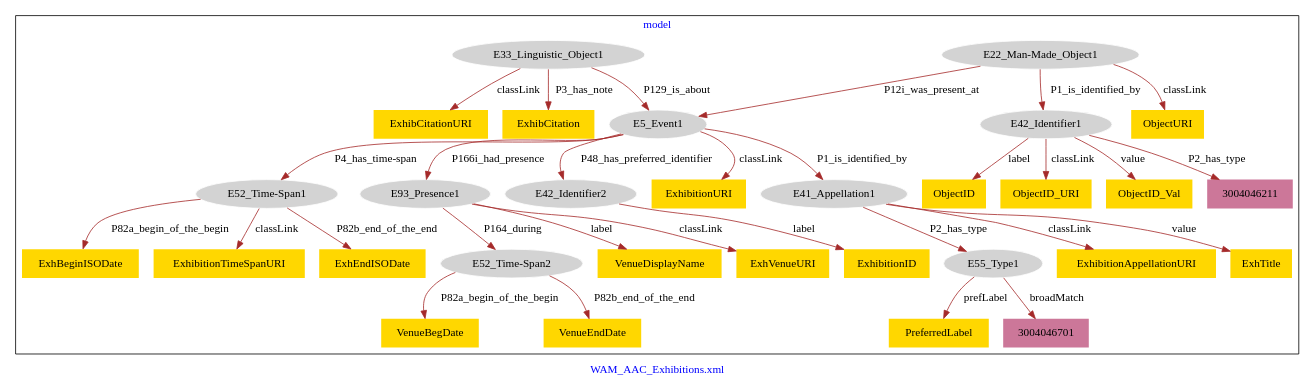
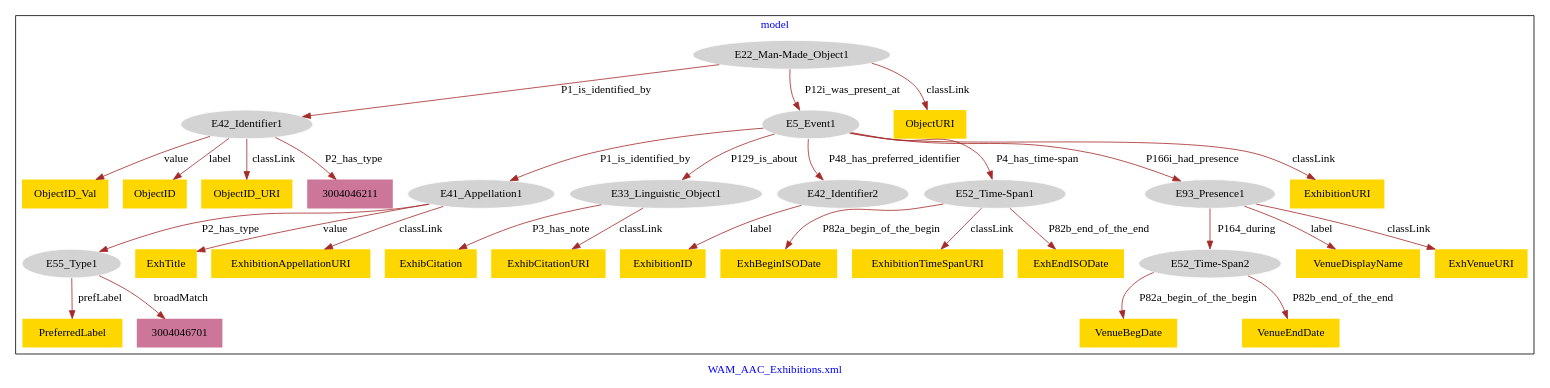
The diagram in WAM_AAC_Exhibitions/WAM_AAC_Exhibitions-model.dot (american-art/wam), drawn with Graphviz before and after one commit.

Commit message:
Update file WAM_AAC_Exhibitions-model.dot

```diff
--- a/WAM_AAC_Exhibitions/WAM_AAC_Exhibitions-model.dot
+++ b/WAM_AAC_Exhibitions/WAM_AAC_Exhibitions-model.dot
@@ -1,67 +1,67 @@
 digraph n0 {
 fontcolor="blue"
 remincross="true"
 label="WAM_AAC_Exhibitions.xml"
 subgraph cluster {
 label="model"
 n2[style="filled",color="white",fillcolor="lightgray",label="E22_Man-Made_Object1"];
-n3[style="filled",color="white",fillcolor="lightgray",label="E5_Event1"];
-n4[style="filled",color="white",fillcolor="lightgray",label="E41_Appellation1"];
-n5[style="filled",color="white",fillcolor="lightgray",label="E52_Time-Span1"];
-n6[style="filled",color="white",fillcolor="lightgray",label="E93_Presence1"];
-n7[style="filled",color="white",fillcolor="lightgray",label="E52_Time-Span2"];
-n8[shape="plaintext",style="filled",fillcolor="gold",label="ExhTitle"];
-n9[style="filled",color="white",fillcolor="lightgray",label="E42_Identifier1"];
-n10[shape="plaintext",style="filled",fillcolor="gold",label="ObjectID"];
-n11[style="filled",color="white",fillcolor="lightgray",label="E33_Linguistic_Object1"];
-n12[shape="plaintext",style="filled",fillcolor="gold",label="ExhibCitationURI"];
-n13[style="filled",color="white",fillcolor="lightgray",label="E55_Type1"];
-n14[shape="plaintext",style="filled",fillcolor="gold",label="PreferredLabel"];
-n15[shape="plaintext",style="filled",fillcolor="gold",label="ExhibitionAppellationURI"];
-n16[shape="plaintext",style="filled",fillcolor="gold",label="ExhBeginISODate"];
-n17[shape="plaintext",style="filled",fillcolor="gold",label="VenueBegDate"];
-n18[shape="plaintext",style="filled",fillcolor="gold",label="VenueDisplayName"];
-n19[shape="plaintext",style="filled",fillcolor="gold",label="VenueEndDate"];
-n20[style="filled",color="white",fillcolor="lightgray",label="E42_Identifier2"];
+n3[style="filled",color="white",fillcolor="lightgray",label="E42_Identifier1"];
+n4[style="filled",color="white",fillcolor="lightgray",label="E5_Event1"];
+n5[style="filled",color="white",fillcolor="lightgray",label="E41_Appellation1"];
+n6[style="filled",color="white",fillcolor="lightgray",label="E55_Type1"];
+n7[style="filled",color="white",fillcolor="lightgray",label="E33_Linguistic_Object1"];
+n8[style="filled",color="white",fillcolor="lightgray",label="E42_Identifier2"];
+n9[style="filled",color="white",fillcolor="lightgray",label="E52_Time-Span1"];
+n10[style="filled",color="white",fillcolor="lightgray",label="E93_Presence1"];
+n11[style="filled",color="white",fillcolor="lightgray",label="E52_Time-Span2"];
+n12[shape="plaintext",style="filled",fillcolor="gold",label="ExhTitle"];
+n13[shape="plaintext",style="filled",fillcolor="gold",label="ObjectID_Val"];
+n14[shape="plaintext",style="filled",fillcolor="gold",label="ObjectID"];
+n15[shape="plaintext",style="filled",fillcolor="gold",label="ExhBeginISODate"];
+n16[shape="plaintext",style="filled",fillcolor="gold",label="ObjectURI"];
+n17[shape="plaintext",style="filled",fillcolor="gold",label="ExhibitionURI"];
+n18[shape="plaintext",style="filled",fillcolor="gold",label="VenueBegDate"];
+n19[shape="plaintext",style="filled",fillcolor="gold",label="VenueDisplayName"];
+n20[shape="plaintext",style="filled",fillcolor="gold",label="VenueEndDate"];
 n21[shape="plaintext",style="filled",fillcolor="gold",label="ExhibitionID"];
 n22[shape="plaintext",style="filled",fillcolor="gold",label="ExhibitionTimeSpanURI"];
-n23[shape="plaintext",style="filled",fillcolor="gold",label="ObjectURI"];
-n24[shape="plaintext",style="filled",fillcolor="gold",label="ExhibCitation"];
-n25[shape="plaintext",style="filled",fillcolor="gold",label="ExhibitionURI"];
-n26[shape="plaintext",style="filled",fillcolor="gold",label="ObjectID_URI"];
-n27[shape="plaintext",style="filled",fillcolor="gold",label="ExhEndISODate"];
-n28[shape="plaintext",style="filled",fillcolor="gold",label="ObjectID_Val"];
-n29[shape="plaintext",style="filled",fillcolor="gold",label="ExhVenueURI"];
+n23[shape="plaintext",style="filled",fillcolor="gold",label="ExhVenueURI"];
+n24[shape="plaintext",style="filled",fillcolor="gold",label="ObjectID_URI"];
+n25[shape="plaintext",style="filled",fillcolor="gold",label="ExhibCitation"];
+n26[shape="plaintext",style="filled",fillcolor="gold",label="PreferredLabel"];
+n27[shape="plaintext",style="filled",fillcolor="gold",label="ExhibitionAppellationURI"];
+n28[shape="plaintext",style="filled",fillcolor="gold",label="ExhibCitationURI"];
+n29[shape="plaintext",style="filled",fillcolor="gold",label="ExhEndISODate"];
 n30[shape="plaintext",style="filled",fillcolor="#CC7799",label="3004046211"];
 n31[shape="plaintext",style="filled",fillcolor="#CC7799",label="3004046701"];
 }
-n2 -> n3[color="brown",fontcolor="black",label="P12i_was_present_at"]
-n3 -> n4[color="brown",fontcolor="black",label="P1_is_identified_by"]
-n3 -> n5[color="brown",fontcolor="black",label="P4_has_time-span"]
-n3 -> n6[color="brown",fontcolor="black",label="P166i_had_presence"]
-n6 -> n7[color="brown",fontcolor="black",label="P164_during"]
-n4 -> n8[color="brown",fontcolor="black",label="value"]
-n9 -> n10[color="brown",fontcolor="black",label="label"]
-n11 -> n12[color="brown",fontcolor="black",label="classLink"]
-n13 -> n14[color="brown",fontcolor="black",label="prefLabel"]
-n4 -> n15[color="brown",fontcolor="black",label="classLink"]
-n5 -> n16[color="brown",fontcolor="black",label="P82a_begin_of_the_begin"]
-n7 -> n17[color="brown",fontcolor="black",label="P82a_begin_of_the_begin"]
-n6 -> n18[color="brown",fontcolor="black",label="label"]
-n7 -> n19[color="brown",fontcolor="black",label="P82b_end_of_the_end"]
-n20 -> n21[color="brown",fontcolor="black",label="label"]
-n5 -> n22[color="brown",fontcolor="black",label="classLink"]
-n2 -> n23[color="brown",fontcolor="black",label="classLink"]
-n11 -> n24[color="brown",fontcolor="black",label="P3_has_note"]
-n3 -> n25[color="brown",fontcolor="black",label="classLink"]
-n9 -> n26[color="brown",fontcolor="black",label="classLink"]
-n5 -> n27[color="brown",fontcolor="black",label="P82b_end_of_the_end"]
-n9 -> n28[color="brown",fontcolor="black",label="value"]
-n6 -> n29[color="brown",fontcolor="black",label="classLink"]
-n2 -> n9[color="brown",fontcolor="black",label="P1_is_identified_by"]
-n9 -> n30[color="brown",fontcolor="black",label="P2_has_type"]
-n11 -> n3[color="brown",fontcolor="black",label="P129_is_about"]
-n3 -> n20[color="brown",fontcolor="black",label="P48_has_preferred_identifier"]
-n4 -> n13[color="brown",fontcolor="black",label="P2_has_type"]
-n13 -> n31[color="brown",fontcolor="black",label="broadMatch"]
+n2 -> n3[color="brown",fontcolor="black",label="P1_is_identified_by"]
+n2 -> n4[color="brown",fontcolor="black",label="P12i_was_present_at"]
+n5 -> n6[color="brown",fontcolor="black",label="P2_has_type"]
+n4 -> n7[color="brown",fontcolor="black",label="P129_is_about"]
+n4 -> n5[color="brown",fontcolor="black",label="P1_is_identified_by"]
+n4 -> n8[color="brown",fontcolor="black",label="P48_has_preferred_identifier"]
+n4 -> n9[color="brown",fontcolor="black",label="P4_has_time-span"]
+n4 -> n10[color="brown",fontcolor="black",label="P166i_had_presence"]
+n10 -> n11[color="brown",fontcolor="black",label="P164_during"]
+n5 -> n12[color="brown",fontcolor="black",label="value"]
+n3 -> n13[color="brown",fontcolor="black",label="value"]
+n3 -> n14[color="brown",fontcolor="black",label="label"]
+n9 -> n15[color="brown",fontcolor="black",label="P82a_begin_of_the_begin"]
+n2 -> n16[color="brown",fontcolor="black",label="classLink"]
+n4 -> n17[color="brown",fontcolor="black",label="classLink"]
+n11 -> n18[color="brown",fontcolor="black",label="P82a_begin_of_the_begin"]
+n10 -> n19[color="brown",fontcolor="black",label="label"]
+n11 -> n20[color="brown",fontcolor="black",label="P82b_end_of_the_end"]
+n8 -> n21[color="brown",fontcolor="black",label="label"]
+n9 -> n22[color="brown",fontcolor="black",label="classLink"]
+n10 -> n23[color="brown",fontcolor="black",label="classLink"]
+n3 -> n24[color="brown",fontcolor="black",label="classLink"]
+n7 -> n25[color="brown",fontcolor="black",label="P3_has_note"]
+n6 -> n26[color="brown",fontcolor="black",label="prefLabel"]
+n5 -> n27[color="brown",fontcolor="black",label="classLink"]
+n7 -> n28[color="brown",fontcolor="black",label="classLink"]
+n9 -> n29[color="brown",fontcolor="black",label="P82b_end_of_the_end"]
+n3 -> n30[color="brown",fontcolor="black",label="P2_has_type"]
+n6 -> n31[color="brown",fontcolor="black",label="broadMatch"]
 }
```
